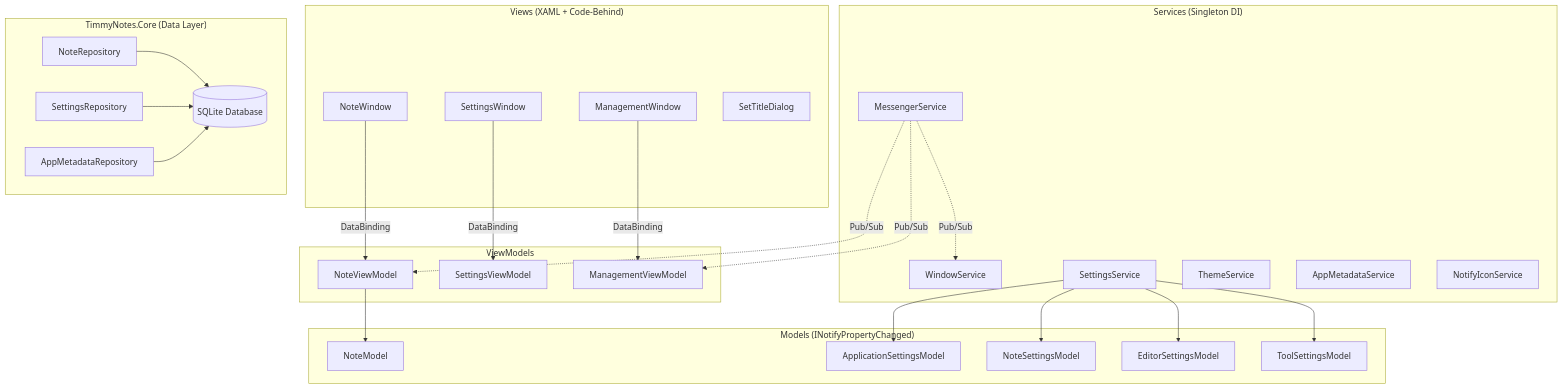
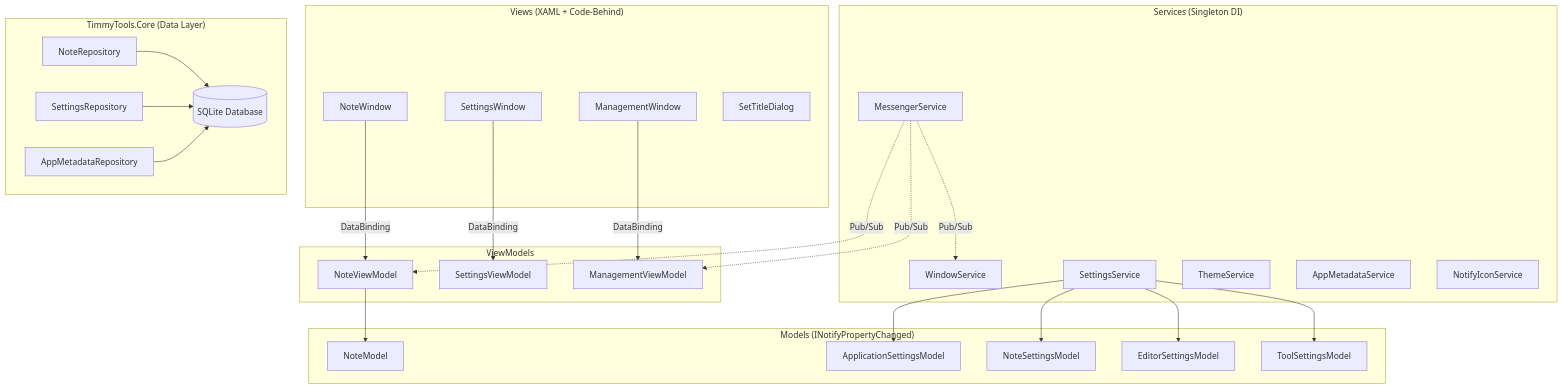
Before and after one commit to timothywarner-org/PinnyNotes: the first of 3 diagrams in README.md, drawn with Mermaid. The commit also changed other lines of this file and 196 other files, not shown here.

First line of the commit message:
refactor: Rename TimmyNotes to TimmyTools

````diff
--- a/README.md
+++ b/README.md
@@ -282,47 +282,47 @@
 ```mermaid
 graph TB
     subgraph Views["Views (XAML + Code-Behind)"]
         NW[NoteWindow]
         SW[SettingsWindow]
         MW[ManagementWindow]
         STD[SetTitleDialog]
     end
 
     subgraph ViewModels["ViewModels"]
         NVM[NoteViewModel]
         SVM[SettingsViewModel]
         MVM[ManagementViewModel]
     end
 
     subgraph Models["Models (INotifyPropertyChanged)"]
         NM[NoteModel]
         ASM[ApplicationSettingsModel]
         NSM[NoteSettingsModel]
         ESM[EditorSettingsModel]
         TSM[ToolSettingsModel]
     end
 
     subgraph Services["Services (Singleton DI)"]
         WS[WindowService]
         SS[SettingsService]
         MS[MessengerService]
         TS[ThemeService]
         AMS[AppMetadataService]
         NIS[NotifyIconService]
     end
 
-    subgraph Core["TimmyNotes.Core (Data Layer)"]
+    subgraph Core["TimmyTools.Core (Data Layer)"]
         NR[NoteRepository]
         SR[SettingsRepository]
         AMR[AppMetadataRepository]
         DB[(SQLite Database)]
     end
 
     NW -->|DataBinding| NVM
     SW -->|DataBinding| SVM
     MW -->|DataBinding| MVM
     NVM --> NM
     SS --> ASM & NSM & ESM & TSM
     MS -.->|Pub/Sub| WS & NVM & MVM
     NR & SR & AMR --> DB
 ```
````
